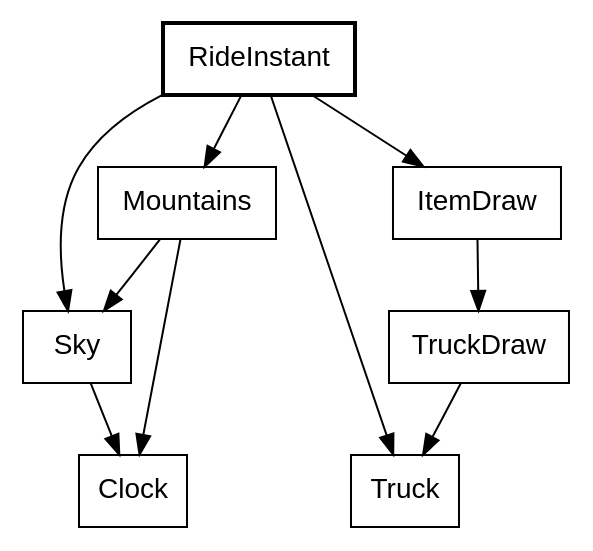
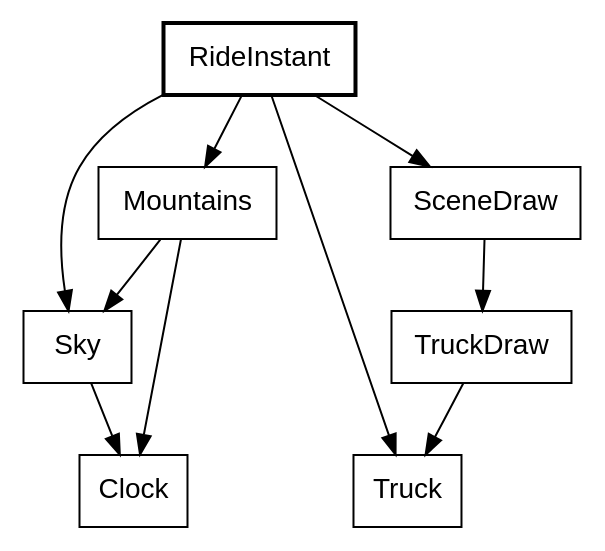
Diagram 11 of 19 in canvas_apps/safari/tutorial/tutorial.md (showell/roc-apps), drawn with Graphviz before and after one commit. The commit also changed other lines of this file and 5 other files, not shown here.

First line of the commit message:
safari: ItemDraw becomes SceneDraw

````diff
--- a/canvas_apps/safari/tutorial/tutorial.md
+++ b/canvas_apps/safari/tutorial/tutorial.md
@@ -692,15 +692,15 @@
 ```dot
 digraph headlights {
   node [shape=box, fontname="Helvetica"];
   RideInstant [style=bold];
   RideInstant -> Mountains;
   RideInstant -> Sky;
   RideInstant -> Truck;
-  RideInstant -> ItemDraw;
+  RideInstant -> SceneDraw;
   Mountains -> Sky;
   Mountains -> Clock;
   Sky -> Clock;
-  ItemDraw -> TruckDraw;
+  SceneDraw -> TruckDraw;
   TruckDraw -> Truck;
 }
 ```
````
